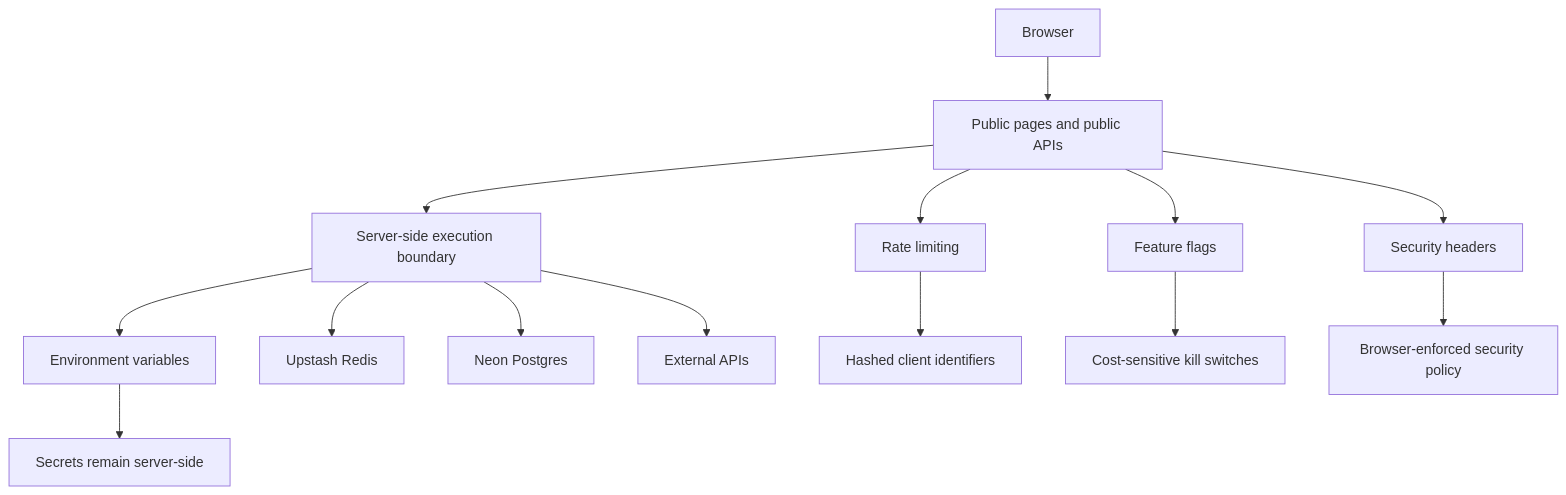
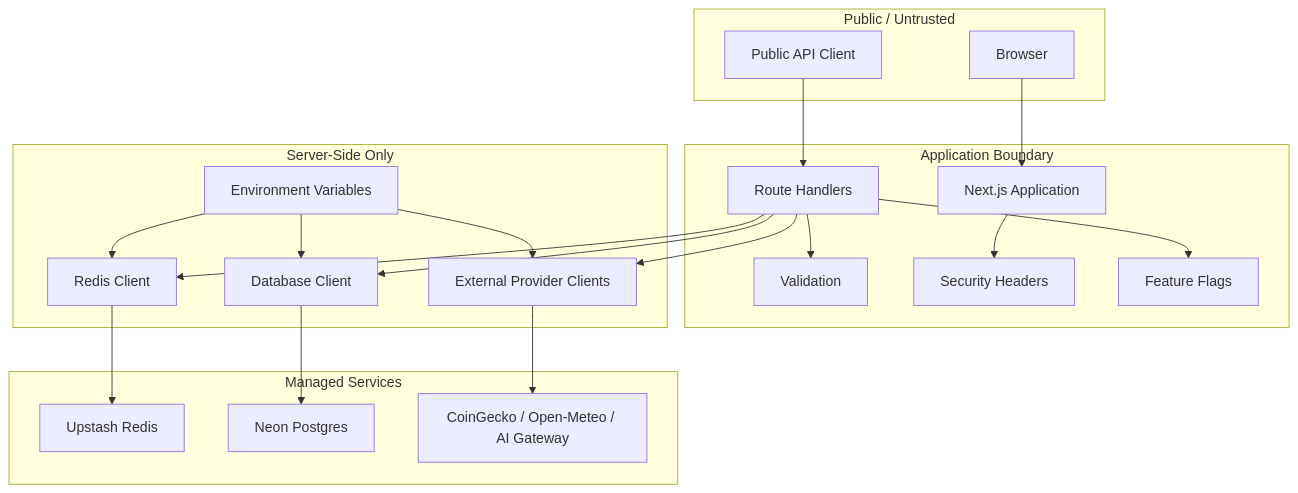
One commit to BlockShield-Systems/swiss-market-dashboard changed the tenth of 12 diagrams in docs/architecture-diagrams.md. Above: the diagram before and after it, drawn with Mermaid. The commit also changed other lines of this file and 9 other files, not shown here.

Commit message:
Add security policy and threat model

````diff
--- a/docs/architecture-diagrams.md
+++ b/docs/architecture-diagrams.md
@@ -384,21 +374,45 @@
 ```mermaid
-flowchart TD
-  Browser["Browser"] --> PublicRoutes["Public pages and public APIs"]
+flowchart TB
+  subgraph Public["Public / Untrusted"]
+    Browser["Browser"]
+    APIClient["Public API Client"]
+  end
 
-  PublicRoutes --> ServerOnly["Server-side execution boundary"]
+  subgraph AppBoundary["Application Boundary"]
+    NextApp["Next.js Application"]
+    RouteHandlers["Route Handlers"]
+    Validation["Validation"]
+    Headers["Security Headers"]
+    FeatureFlags["Feature Flags"]
+  end
 
-  ServerOnly --> Env["Environment variables"]
-  ServerOnly --> Redis["Upstash Redis"]
-  ServerOnly --> Db["Neon Postgres"]
-  ServerOnly --> Providers["External APIs"]
+  subgraph ServerOnly["Server-Side Only"]
+    Env["Environment Variables"]
+    RedisClient["Redis Client"]
+    DbClient["Database Client"]
+    ProviderClients["External Provider Clients"]
+  end
 
-  Env --> Secrets["Secrets remain server-side"]
+  subgraph Managed["Managed Services"]
+    Redis["Upstash Redis"]
+    Neon["Neon Postgres"]
+    Providers["CoinGecko / Open-Meteo / AI Gateway"]
+  end
 
-  PublicRoutes --> Headers["Security headers"]
-  PublicRoutes --> RateLimit["Rate limiting"]
-  PublicRoutes --> FeatureFlags["Feature flags"]
+  Browser --> NextApp
+  APIClient --> RouteHandlers
+  NextApp --> Headers
+  RouteHandlers --> Validation
+  RouteHandlers --> FeatureFlags
+  RouteHandlers --> RedisClient
+  RouteHandlers --> DbClient
+  RouteHandlers --> ProviderClients
 
-  RateLimit --> HashedClient["Hashed client identifiers"]
-  FeatureFlags --> KillSwitch["Cost-sensitive kill switches"]
-  Headers --> BrowserPolicy["Browser-enforced security policy"]
+  Env --> RedisClient
+  Env --> DbClient
+  Env --> ProviderClients
+
+  RedisClient --> Redis
+  DbClient --> Neon
+  ProviderClients --> Providers
 ```
````
